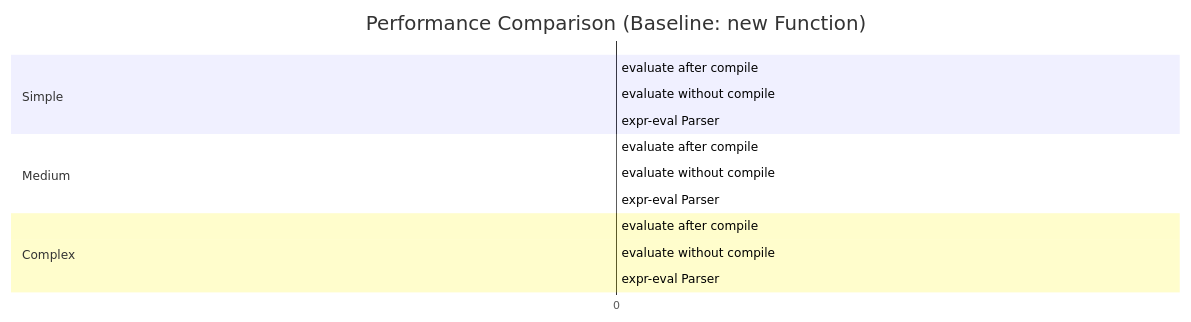
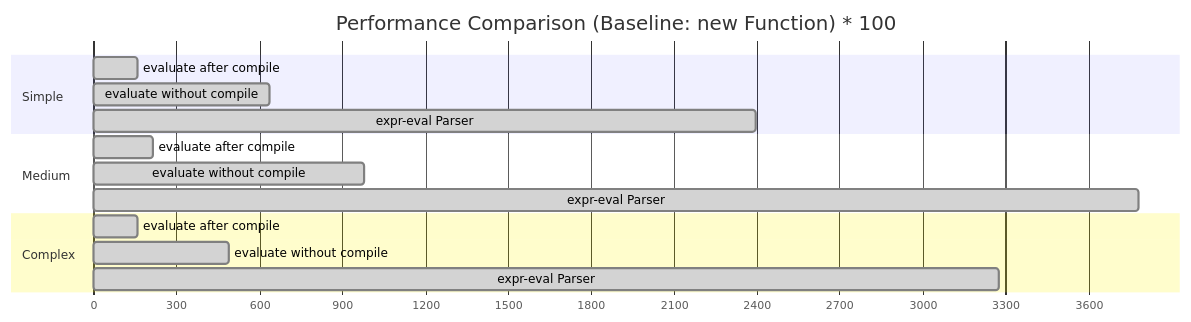
The diagram in README.md (antvis/expr), drawn with Mermaid before and after one commit. The commit also changed 2 other files, not shown here.

````diff
--- a/README.md
+++ b/README.md
@@ -187,21 +187,21 @@
 ```mermaid
 gantt
-    title Performance Comparison (Baseline: new Function)
+    title Performance Comparison (Baseline: new Function) * 100
     dateFormat  X
     axisFormat %s
 
     section Simple
-    evaluate after compile    :done, 0, 1.59
-    evaluate without compile  :done, 0, 6.36
-    expr-eval Parser          :done, 0, 23.94
+    evaluate after compile    :done, 0, 159
+    evaluate without compile  :done, 0, 636
+    expr-eval Parser          :done, 0, 2394
 
     section Medium
-    evaluate after compile    :done, 0, 2.16
-    evaluate without compile  :done, 0, 9.81
-    expr-eval Parser          :done, 0, 37.81
+    evaluate after compile    :done, 0, 216
+    evaluate without compile  :done, 0, 981
+    expr-eval Parser          :done, 0, 3781
 
     section Complex
-    evaluate after compile    :done, 0, 1.59
-    evaluate without compile  :done, 0, 4.89
-    expr-eval Parser          :done, 0, 32.74
+    evaluate after compile    :done, 0, 159
+    evaluate without compile  :done, 0, 489
+    expr-eval Parser          :done, 0, 3274
 ```
````
